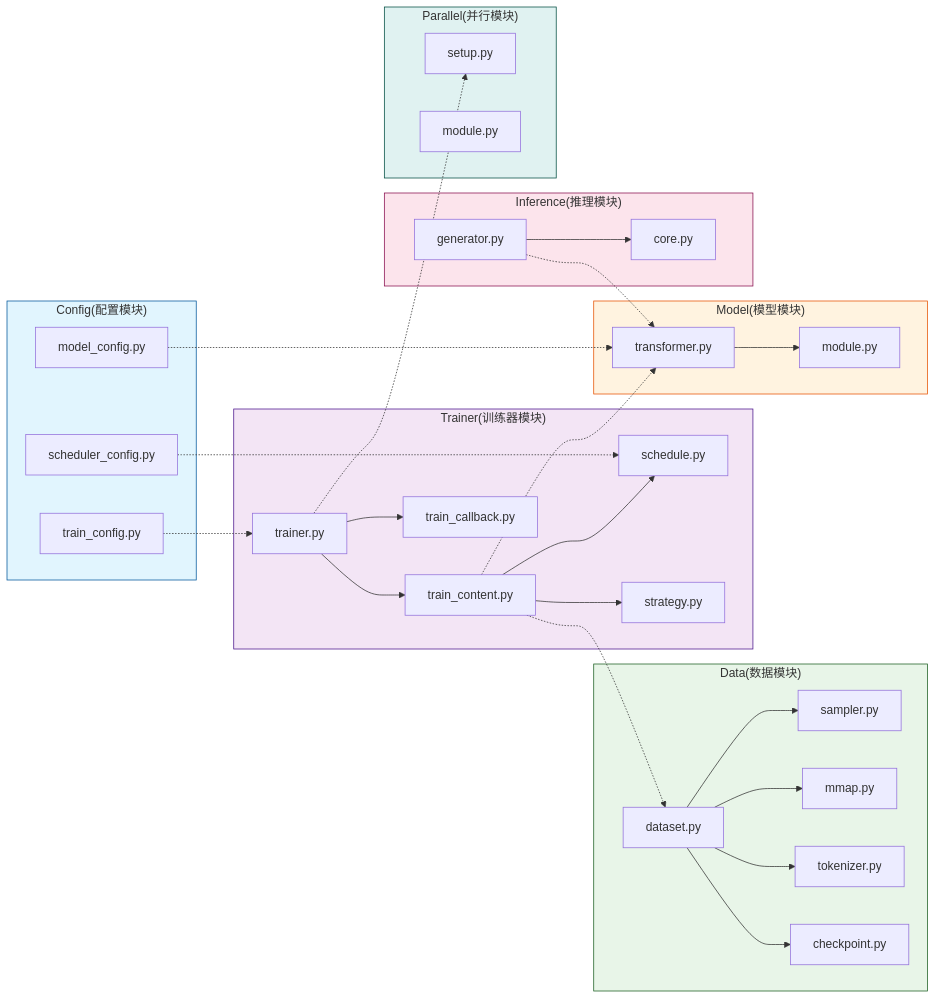
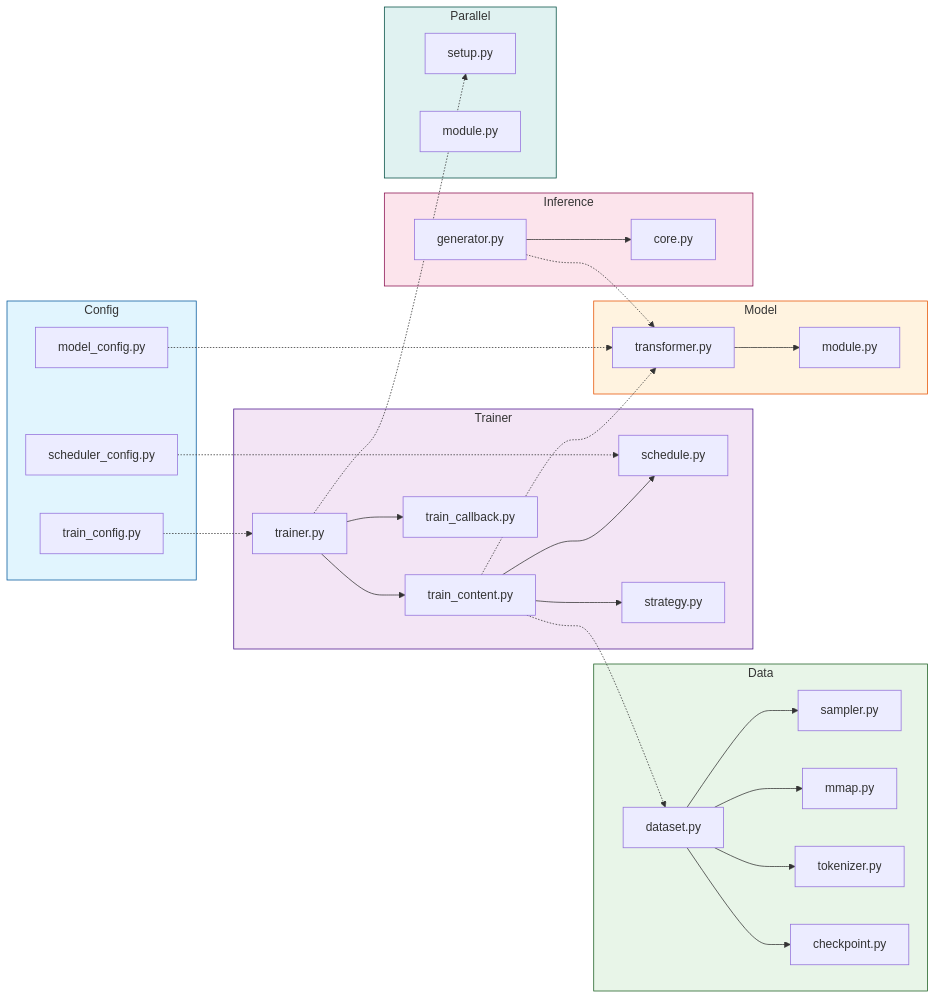
Before and after one commit to ViperEkura/KHAOSZ: the diagram in assets/docs/design.md, drawn with Mermaid. The commit also changed other lines of this file and 13 other files, not shown here.

````diff
--- a/assets/docs/design.md
+++ b/assets/docs/design.md
@@ -11,6 +11,6 @@
 ```mermaid
 graph LR
-    %% 样式定义
+    %% Style definitions
     classDef config fill:#e1f5fe,stroke:#01579b;
     classDef trainer fill:#f3e5f5,stroke:#4a148c;
     classDef data fill:#e8f5e8,stroke:#1b5e20;
@@ -18,16 +18,16 @@
     classDef inference fill:#fce4ec,stroke:#880e4f;
     classDef parallel fill:#e0f2f1,stroke:#004d40;
     
-    %% 配置模块
-    subgraph Config["Config(配置模块)"]
+    %% Config module
+    subgraph Config["Config"]
         C1[model_config.py]
         C2[train_config.py]
         C3[scheduler_config.py]
     end
     class Config config;
 
-    %% 训练器模块
-    subgraph Trainer["Trainer(训练器模块)"]
+    %% Trainer module
+    subgraph Trainer["Trainer"]
         T1[trainer.py]
         T2[train_content.py]
         T3[schedule.py]
@@ -36,8 +36,8 @@
     end
     class Trainer trainer;
 
-    %% 数据模块
-    subgraph Data["Data(数据模块)"]
+    %% Data module
+    subgraph Data["Data"]
         D1[dataset.py]
         D2[sampler.py]
         D3[mmap.py]
@@ -46,51 +46,51 @@
     end
     class Data data;
 
-    %% 模型模块
-    subgraph Model["Model(模型模块)"]
+    %% Model module
+    subgraph Model["Model"]
         M1[transformer.py]
         M2[module.py]
     end
     class Model model;
 
-    %% 推理模块
-    subgraph Inference["Inference(推理模块)"]
+    %% Inference module
+    subgraph Inference["Inference"]
         I1[generator.py]
         I2[core.py]
     end
     class Inference inference;
 
-    %% 并行模块
-    subgraph Parallel["Parallel(并行模块)"]
+    %% Parallel module
+    subgraph Parallel["Parallel"]
         P1[setup.py]
         P2[module.py]
     end
     class Parallel parallel;
 
-    %% 配置依赖
+    %% Config dependencies
     C2 -.-> T1
     C1 -.-> M1
     C3 -.-> T3
 
-    %% 训练器内部依赖
+    %% Trainer internal dependencies
     T1 --> T5
     T1 --> T2
     T2 --> T3
     T2 --> T4
 
-    %% 数据流
+    %% Data flow
     D1 --> D2
     D1 --> D3
     D1 --> D4
     D1 --> D5
 
-    %% 模型依赖
+    %% Model dependencies
     M1 --> M2
 
-    %% 推理依赖
+    %% Inference dependencies
     I1 --> I2
 
-    %% 跨模块依赖
+    %% Cross-module dependencies
     T2 -.-> M1
     I1 -.-> M1
     T2 -.-> D1
````
